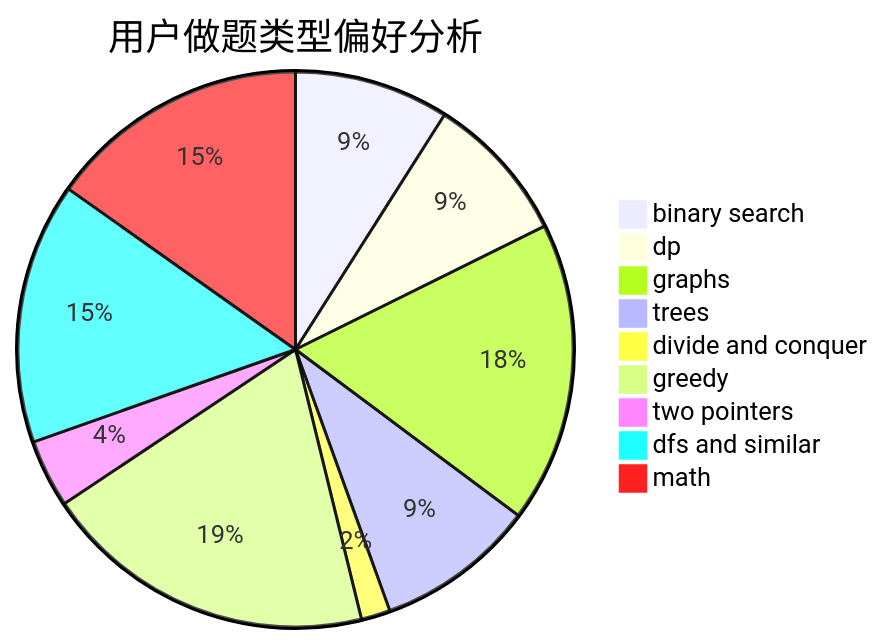
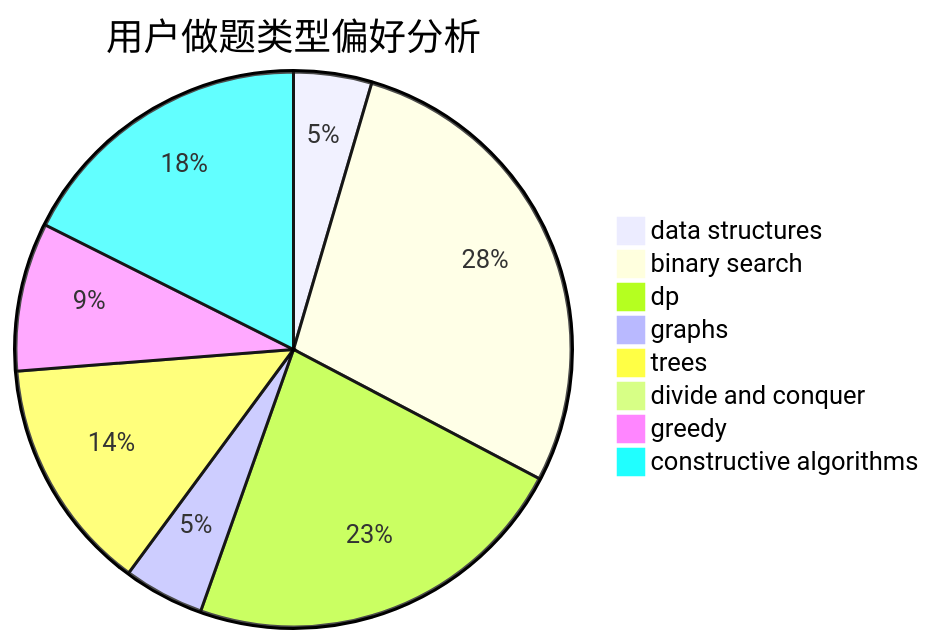
Before and after one commit to sherpahu/cfrs.github.io: the second of 3 diagrams in docs/user/u2579.md, drawn with Mermaid. The commit also changed other lines of this file and 2775 other files, not shown here.

````diff
--- a/docs/user/u2579.md
+++ b/docs/user/u2579.md
@@ -23,12 +23,11 @@
 ```mermaid
 pie title 用户做题类型偏好分析
-    "binary search" :  218
-    "dp" :  210
-    "graphs" :  424
-    "trees" :  225
-    "divide and conquer" :  41
-    "greedy" :  471
-    "two pointers" :  96
-    "dfs and similar" :  368
-    "math" :  368
+    "data structures" :  31
+    "binary search" :  192
+    "dp" :  155
+    "graphs" :  32
+    "trees" :  93
+    "divide and conquer" :  0
+    "greedy" :  59
+    "constructive algorithms" :  120
 ```
````
